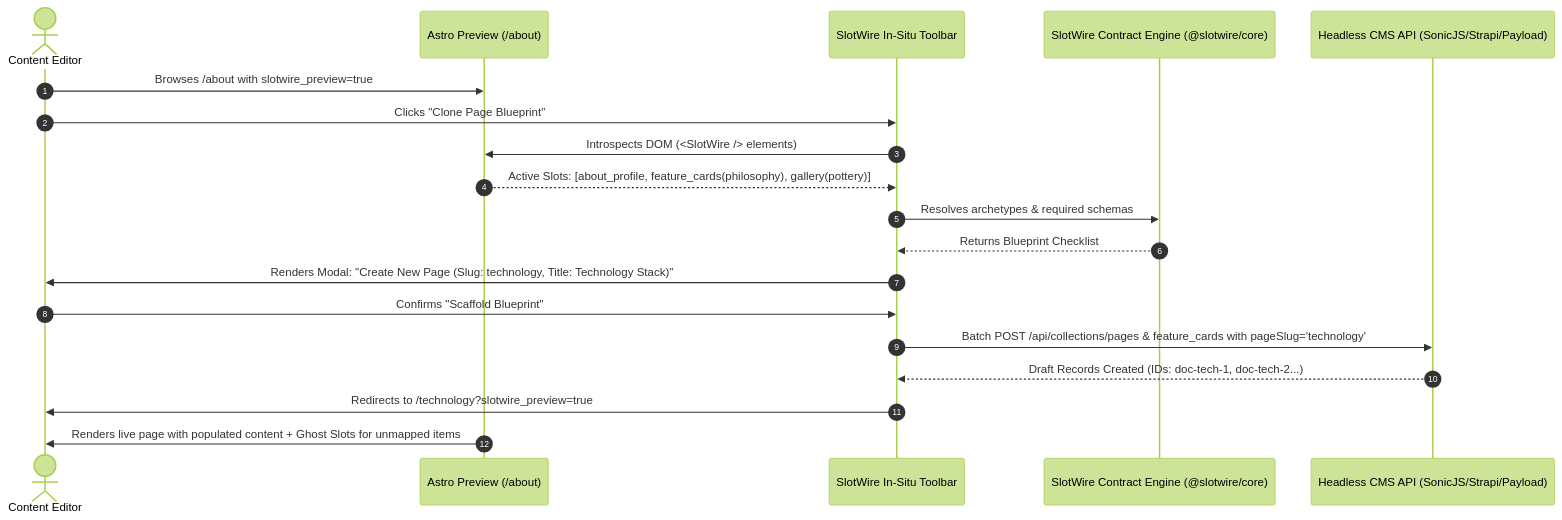
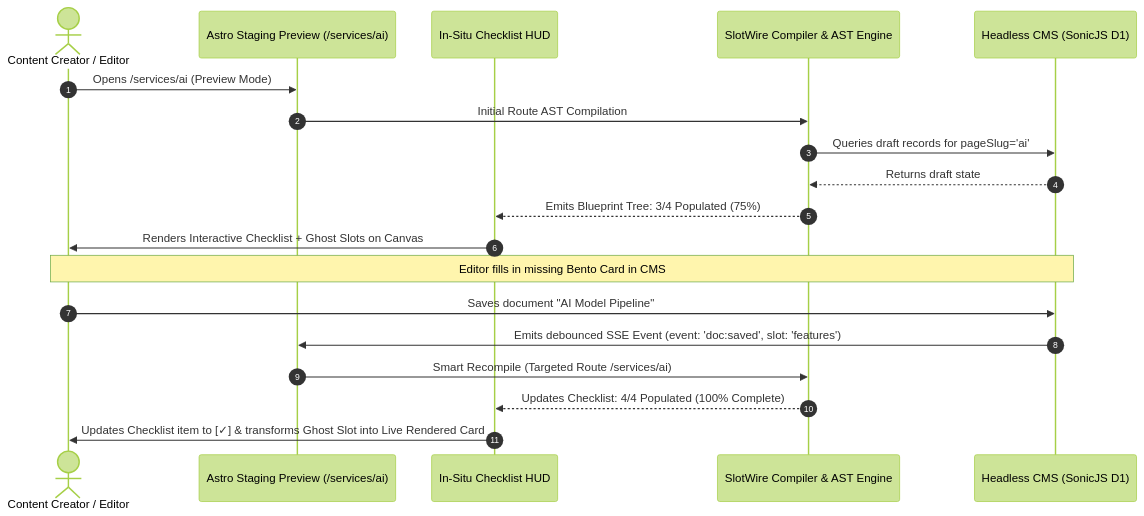
The second of 5 diagrams in docs/VISUAL_SCAFFOLDER_FEASIBILITY.md (bmoelk/slotwire), drawn with Mermaid (forest theme) before and after one commit. The commit also changed other lines of this file and 9 other files, not shown here.

````diff
--- a/docs/VISUAL_SCAFFOLDER_FEASIBILITY.md
+++ b/docs/VISUAL_SCAFFOLDER_FEASIBILITY.md
@@ -31,22 +110,23 @@
 ```mermaid
 sequenceDiagram
     autonumber
-    actor Editor as Content Editor
-    participant Frontend as Astro Preview (/about)
-    participant Overlay as SlotWire In-Situ Toolbar
-    participant Contract as SlotWire Contract Engine (@slotwire/core)
-    participant CMS as Headless CMS API (SonicJS/Strapi/Payload)
+    actor Editor as Content Creator / Editor
+    participant Astro as Astro Staging Preview (/services/ai)
+    participant HUD as In-Situ Checklist HUD
+    participant Compiler as SlotWire Compiler & AST Engine
+    participant CMS as Headless CMS (SonicJS D1)
 
-    Editor->>Frontend: Browses /about with slotwire_preview=true
-    Editor->>Overlay: Clicks "Clone Page Blueprint"
-    Overlay->>Frontend: Introspects DOM (<SlotWire /> elements)
-    Frontend-->>Overlay: Active Slots: [about_profile, feature_cards(philosophy), gallery(pottery)]
-    Overlay->>Contract: Resolves archetypes & required schemas
-    Contract-->>Overlay: Returns Blueprint Checklist
-    Overlay->>Editor: Renders Modal: "Create New Page (Slug: technology, Title: Technology Stack)"
-    Editor->>Overlay: Confirms "Scaffold Blueprint"
-    Overlay->>CMS: Batch POST /api/collections/pages & feature_cards with pageSlug='technology'
-    CMS-->>Overlay: Draft Records Created (IDs: doc-tech-1, doc-tech-2...)
-    Overlay->>Editor: Redirects to /technology?slotwire_preview=true
-    Frontend->>Editor: Renders live page with populated content + Ghost Slots for unmapped items
+    Editor->>Astro: Opens /services/ai (Preview Mode)
+    Astro->>Compiler: Initial Route AST Compilation
+    Compiler->>CMS: Queries draft records for pageSlug='ai'
+    CMS-->>Compiler: Returns draft state
+    Compiler-->>HUD: Emits Blueprint Tree: 3/4 Populated (75%)
+    HUD->>Editor: Renders Interactive Checklist + Ghost Slots on Canvas
+
+    Note over Editor,CMS: Editor fills in missing Bento Card in CMS
+    Editor->>CMS: Saves document "AI Model Pipeline"
+    CMS->>Astro: Emits debounced SSE Event (event: 'doc:saved', slot: 'features')
+    Astro->>Compiler: Smart Recompile (Targeted Route /services/ai)
+    Compiler-->>HUD: Updates Checklist: 4/4 Populated (100% Complete)
+    HUD->>Editor: Updates Checklist item to [✓] & transforms Ghost Slot into Live Rendered Card
 ```
````
